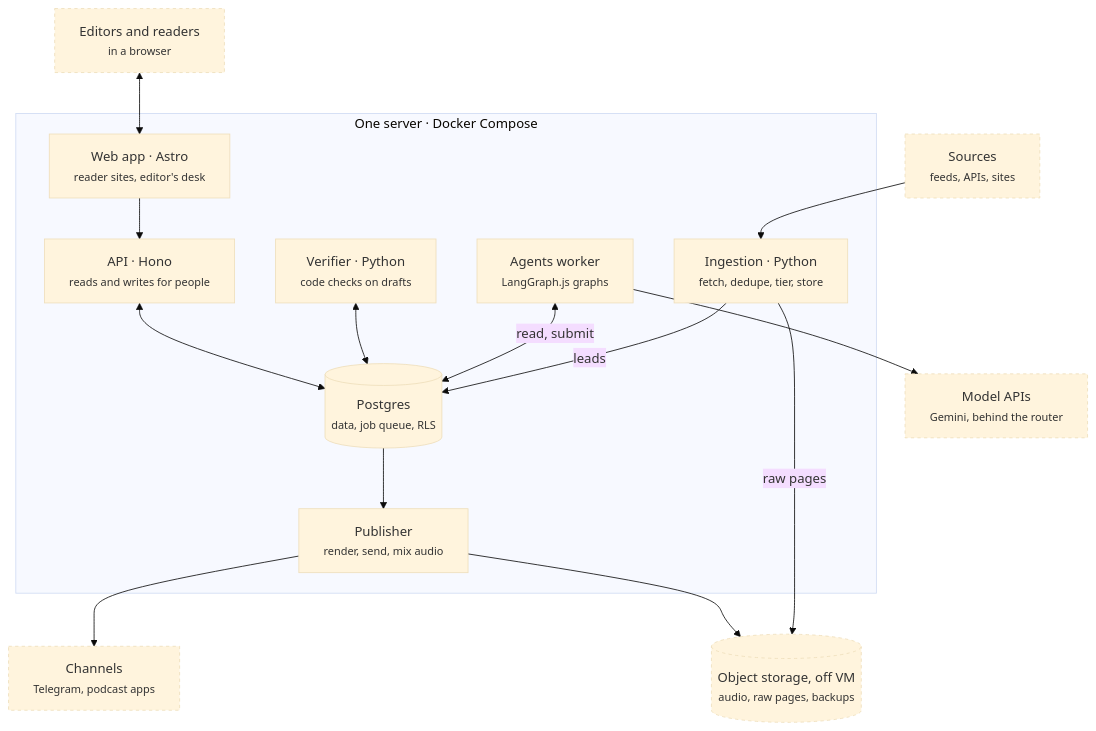
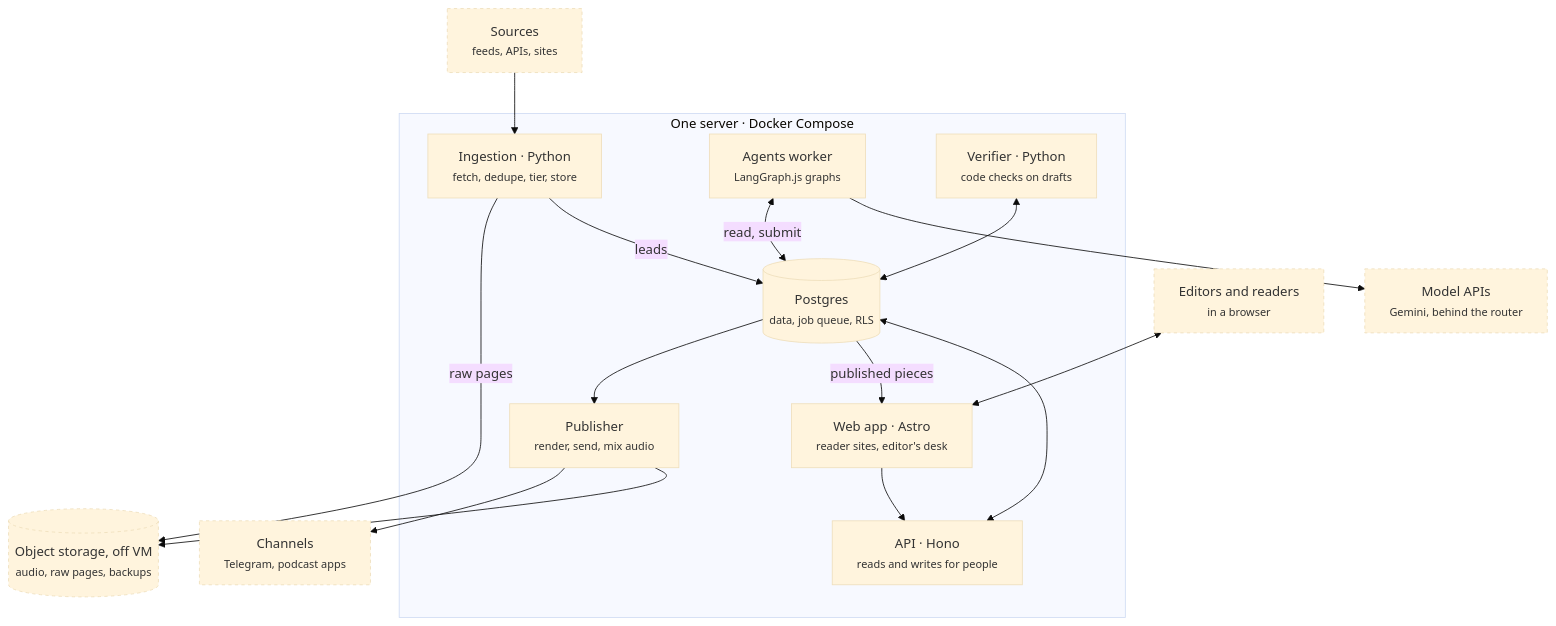
The first of 3 diagrams in docs/technical-design.md (mehrad77/AgenticNewsRoom), drawn with Mermaid (base theme) before and after one commit. The commit also changed other lines of this file and 3 other files, not shown here.

````diff
--- a/docs/technical-design.md
+++ b/docs/technical-design.md
@@ -33,30 +33,31 @@
 ```mermaid
 flowchart TB
   SRC["Sources<br/><small>feeds, APIs, sites</small>"]:::ext
   MOD["Model APIs<br/><small>Gemini, behind the router</small>"]:::ext
   subgraph VM["One server · Docker Compose"]
     ING["Ingestion · Python<br/><small>fetch, dedupe, tier, store</small>"]
     AG["Agents worker<br/><small>LangGraph.js graphs</small>"]
     VER["Verifier · Python<br/><small>code checks on drafts</small>"]
     PG[("Postgres<br/><small>data, job queue, RLS</small>")]
     PUB["Publisher<br/><small>render, send, mix audio</small>"]
     WEB["Web app · Astro<br/><small>reader sites, editor's desk</small>"]
     API["API · Hono<br/><small>reads and writes for people</small>"]
   end
   R2[("Object storage, off VM<br/><small>audio, raw pages, backups</small>")]:::ext
   PEOPLE["Editors and readers<br/><small>in a browser</small>"]:::ext
   CH["Channels<br/><small>Telegram, podcast apps</small>"]:::ext
   SRC --> ING
   ING -- raw pages --> R2
   ING -- leads --> PG
   AG <-- "read, submit" --> PG
   AG --> MOD
   VER <--> PG
   PG --> PUB
   PUB --> CH
   PUB --> R2
   API <--> PG
   WEB --> API
+  PG -- published pieces --> WEB
   PEOPLE <--> WEB
   classDef ext stroke-dasharray: 4 4
 ```
````
